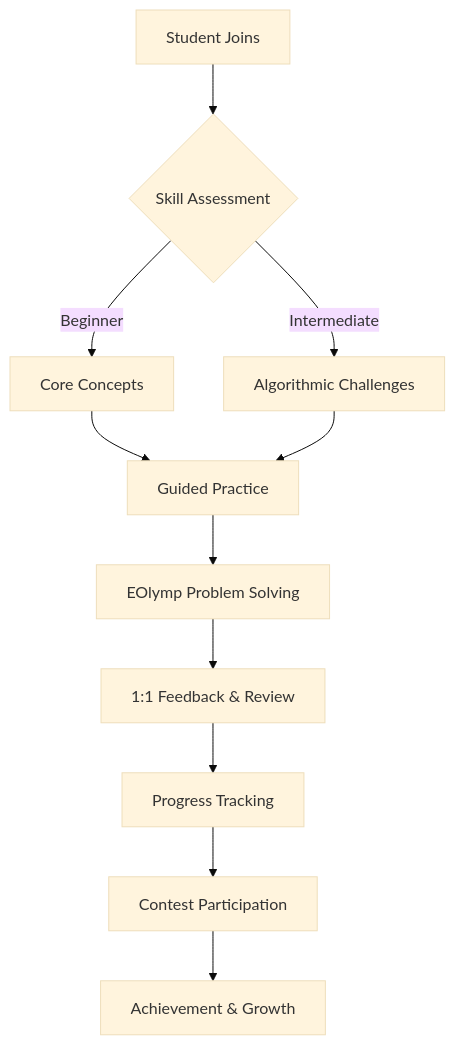
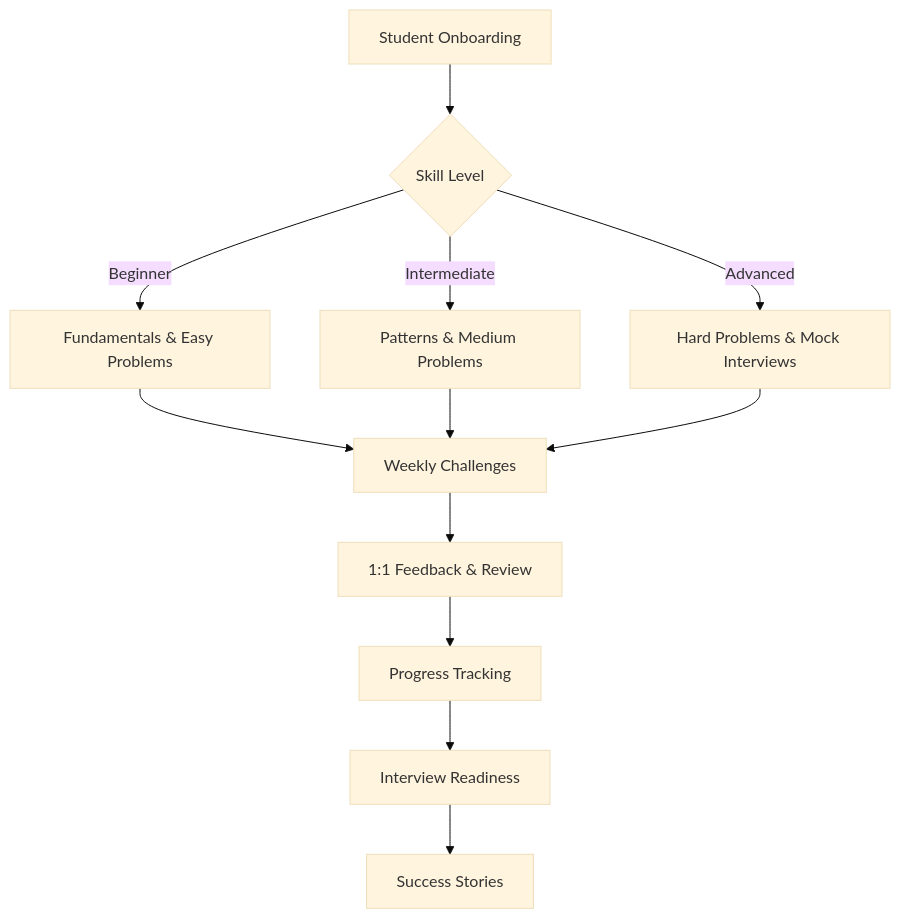
The diagram in README.md (ilkinrzayeev/leetcode-problems), drawn with Mermaid (base theme) before and after one commit. The commit also changed other lines of this file, not shown here.

````diff
--- a/README.md
+++ b/README.md
@@ -51,13 +51,14 @@
 ```mermaid
-flowchart TD
-    A[Student Joins] --> B{Skill Assessment}
-    B -->|Beginner| C[Core Concepts]
-    B -->|Intermediate| D[Algorithmic Challenges]
-    C --> E[Guided Practice]
-    D --> E
-    E --> F[EOlymp Problem Solving]
+graph TD
+    A[Student Onboarding] --> B{Skill Level}
+    B -->|Beginner| C[Fundamentals & Easy Problems]
+    B -->|Intermediate| D[Patterns & Medium Problems]
+    B -->|Advanced| E[Hard Problems & Mock Interviews]
+    C --> F[Weekly Challenges]
+    D --> F
+    E --> F
     F --> G[1:1 Feedback & Review]
     G --> H[Progress Tracking]
-    H --> I[Contest Participation]
-    I --> J[Achievement & Growth]
+    H --> I[Interview Readiness]
+    I --> J[Success Stories]
 ```
````
